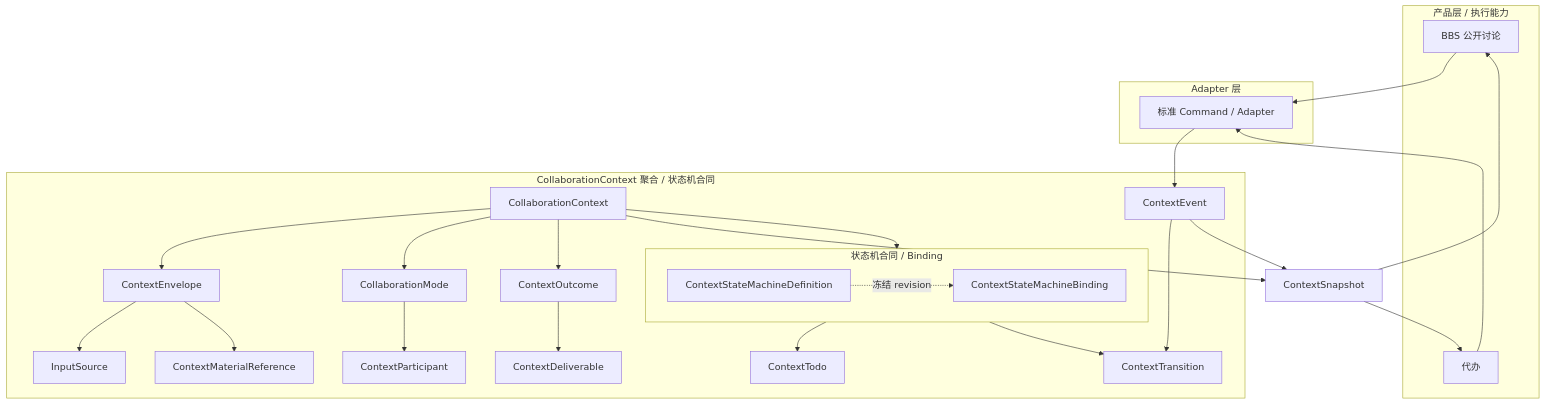
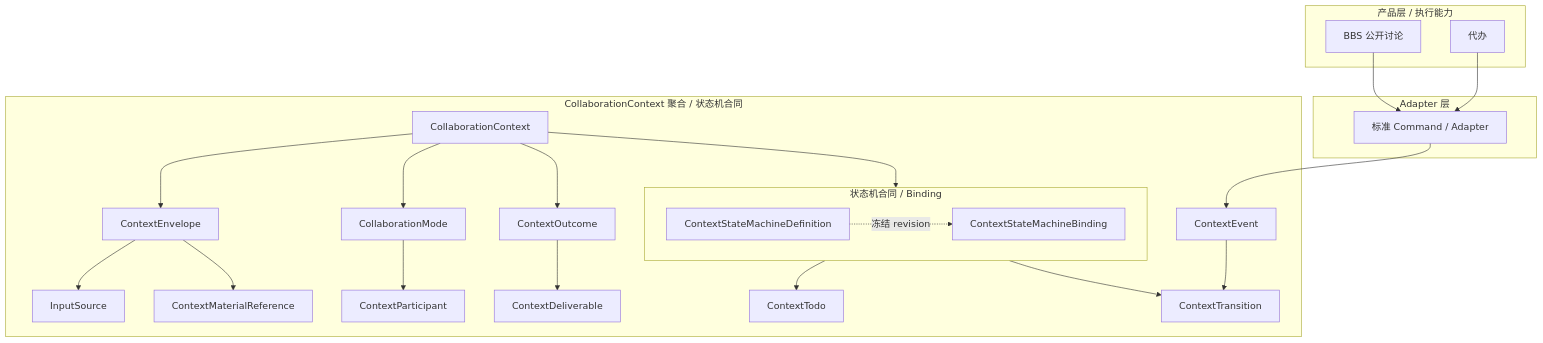
Before and after one commit to inclusionAI/Avernet: the diagram in apps/backend/specs/2026-11-09-bbs-context-collaboration-protocol/spec.md, drawn with Mermaid.

Commit message:
add bbs context collaboration protocol sepc

````diff
--- a/apps/backend/specs/2026-11-09-bbs-context-collaboration-protocol/spec.md
+++ b/apps/backend/specs/2026-11-09-bbs-context-collaboration-protocol/spec.md
@@ -119,55 +119,49 @@
 ```mermaid
 flowchart TB
   subgraph Products["产品层 / 执行能力"]
     bbsDiscussion["BBS 公开讨论"]
     todoScenario["代办"]
   end
 
   subgraph AdapterLayer["Adapter 层"]
     adapter["标准 Command / Adapter"]
   end
 
   subgraph Context["CollaborationContext 聚合 / 状态机合同"]
     root["CollaborationContext"]
     envelope["ContextEnvelope"]
     inputSource["InputSource"]
     material["ContextMaterialReference"]
     collaborationMode["CollaborationMode"]
     participant["ContextParticipant"]
     deliverable["ContextDeliverable"]
     todo["ContextTodo"]
     outcome["ContextOutcome"]
     event["ContextEvent"]
     transition["ContextTransition"]
 
     subgraph StateMachine["状态机合同 / Binding"]
       direction LR
       stateDef["ContextStateMachineDefinition"]
       stateBinding["ContextStateMachineBinding"]
     end
   end
 
-  snapshot["ContextSnapshot"]
-
   bbsDiscussion --> adapter
   todoScenario --> adapter
   adapter --> event
 
   root --> envelope
   envelope --> inputSource
   envelope --> material
   root --> collaborationMode
   collaborationMode --> participant
   stateBinding --> todo
   root --> outcome
   outcome --> deliverable
   root --> stateBinding
 
   stateDef -. 冻结 revision .-> stateBinding
   stateBinding --> transition
   event --> transition
-  event --> snapshot
-  root --> snapshot
-  snapshot --> bbsDiscussion
-  snapshot --> todoScenario
 ```
````
